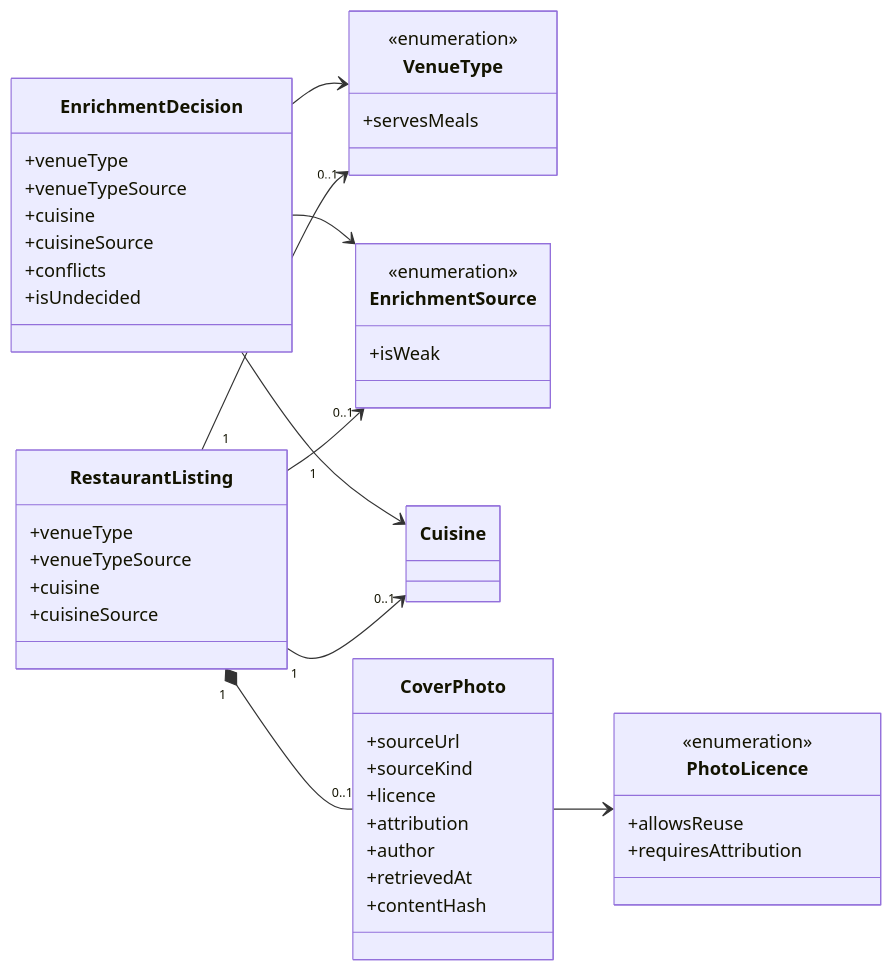
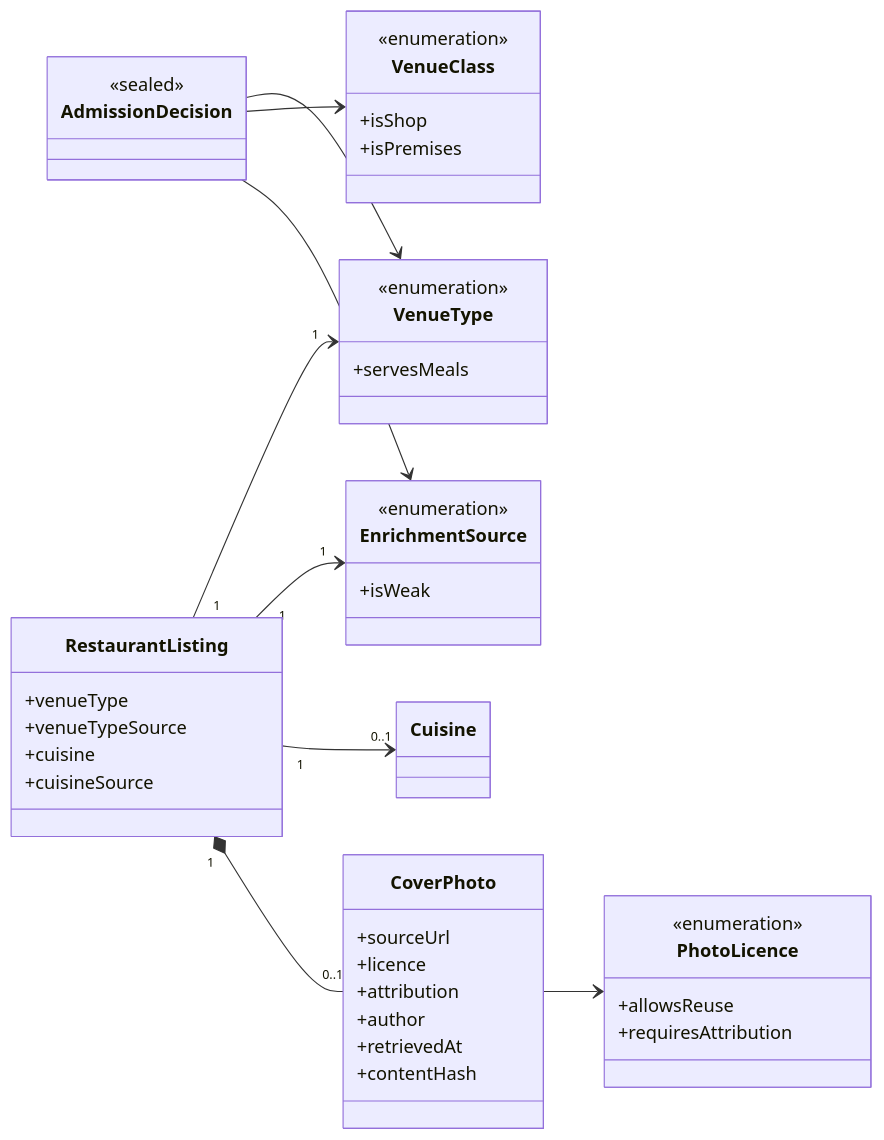
One commit to Losers-Lab/tahirs-list changed the second of 4 diagrams in docs/features/SC-231/05-class-diagram-system.md. Above: the diagram before and after it, drawn with Mermaid. The commit also changed other lines of this file and 13 other files, not shown here.

````diff
--- a/docs/features/SC-231/05-class-diagram-system.md
+++ b/docs/features/SC-231/05-class-diagram-system.md
@@ -40,50 +40,49 @@
 ```mermaid
 classDiagram
   direction LR
   class RestaurantListing {
     +venueType
     +venueTypeSource
     +cuisine
     +cuisineSource
   }
   class VenueType {
     <<enumeration>>
     +servesMeals
   }
+  class VenueClass {
+    <<enumeration>>
+    +isShop
+    +isPremises
+  }
+  class AdmissionDecision {
+    <<sealed>>
+  }
   class EnrichmentSource {
     <<enumeration>>
     +isWeak
   }
-  class EnrichmentDecision {
-    +venueType
-    +venueTypeSource
-    +cuisine
-    +cuisineSource
-    +conflicts
-    +isUndecided
-  }
   class Cuisine
   class CoverPhoto {
     +sourceUrl
-    +sourceKind
     +licence
     +attribution
     +author
     +retrievedAt
     +contentHash
   }
   class PhotoLicence {
     <<enumeration>>
     +allowsReuse
     +requiresAttribution
   }
 
-  RestaurantListing "1" --> "0..1" VenueType
-  RestaurantListing "1" --> "0..1" EnrichmentSource
+  RestaurantListing "1" --> "1" VenueType
+  RestaurantListing "1" --> "1" EnrichmentSource
   RestaurantListing "1" --> "0..1" Cuisine
   RestaurantListing "1" *-- "0..1" CoverPhoto
   CoverPhoto --> PhotoLicence
-  EnrichmentDecision --> VenueType
-  EnrichmentDecision --> EnrichmentSource
-  EnrichmentDecision --> Cuisine
+  AdmissionDecision --> VenueType
+  AdmissionDecision --> VenueClass
+  AdmissionDecision --> EnrichmentSource
 ```
````
